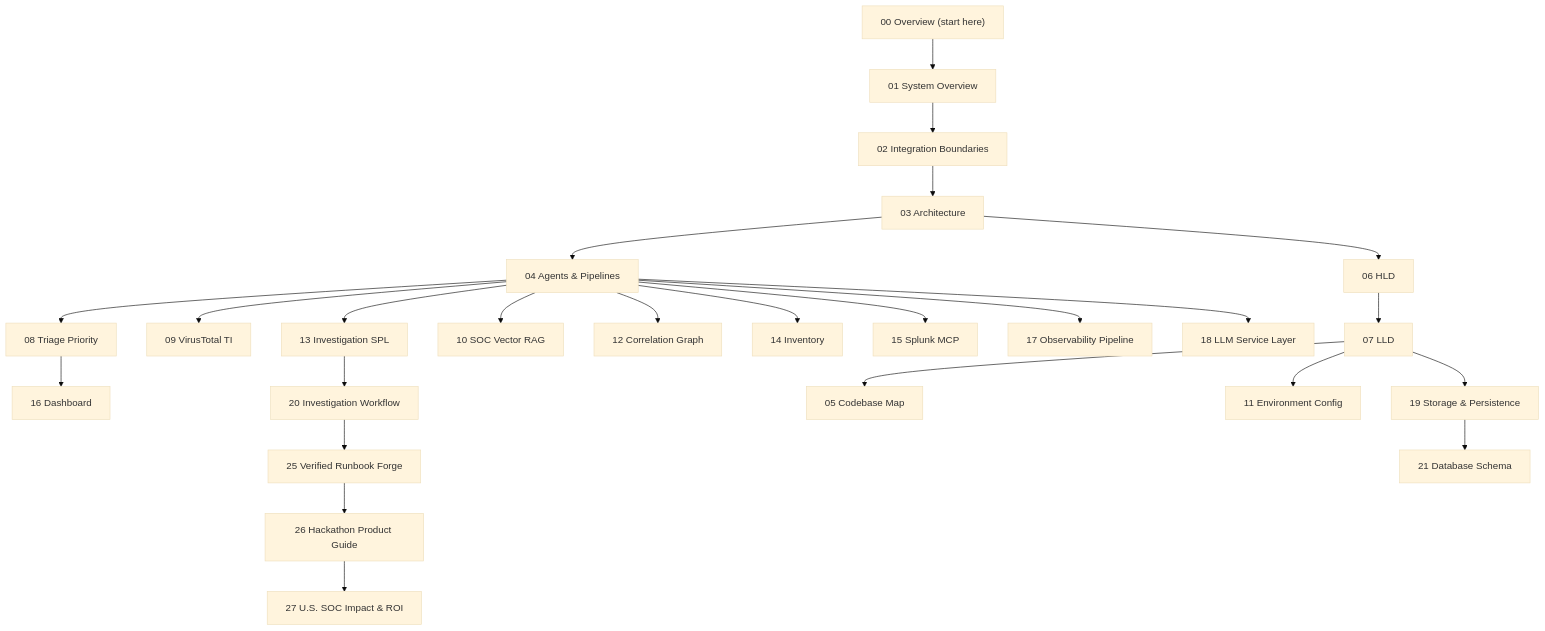
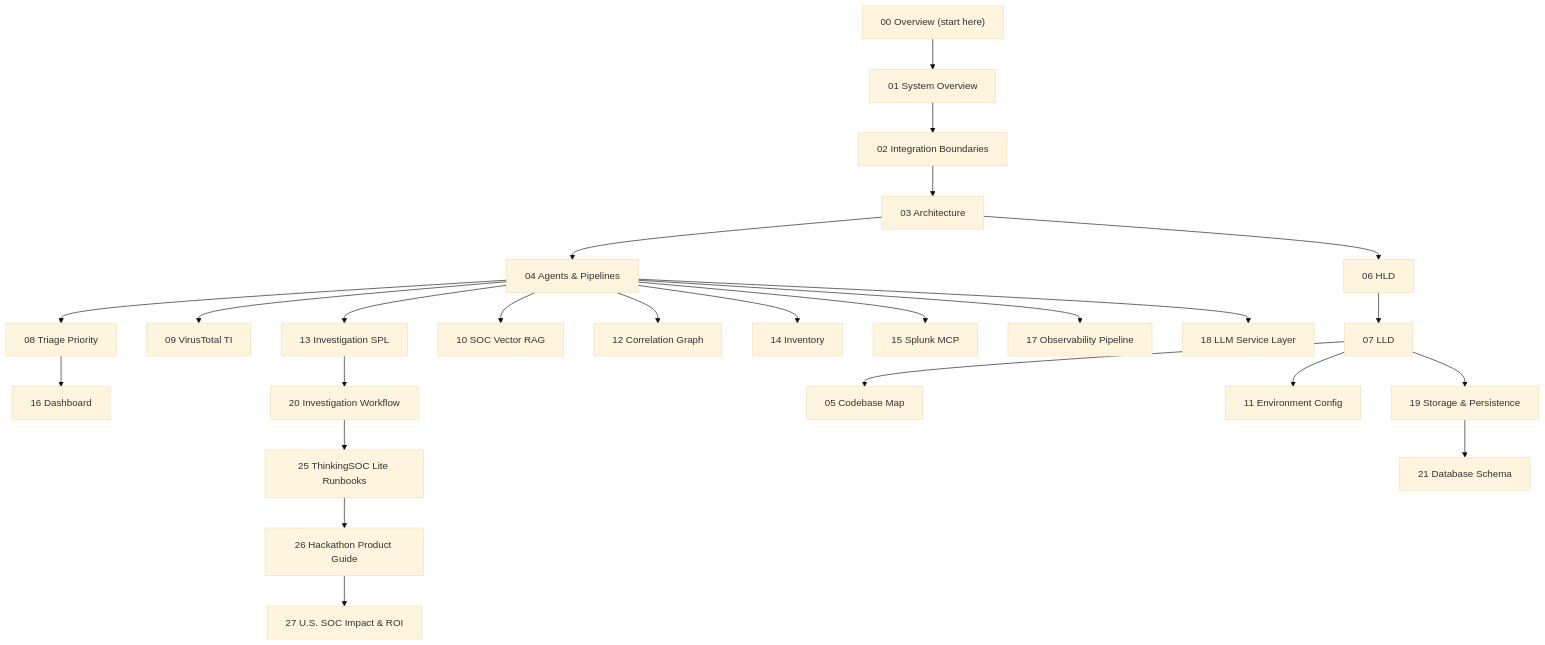
The diagram in docs/00-overview.md (Sepideh-Asadollahi/ThinkingSOC-splunk-hackathon), drawn with Mermaid (base theme) before and after one commit. The commit also changed other lines of this file and 124 other files, not shown here.

Commit message:
feat: unify product branding as ThinkingSOC Lite

````diff
--- a/docs/00-overview.md
+++ b/docs/00-overview.md
@@ -11,46 +11,46 @@
 ```mermaid
 flowchart TD
   O["00 Overview (start here)"]
   S["01 System Overview"]
   I["02 Integration Boundaries"]
   A["03 Architecture"]
   P["04 Agents & Pipelines"]
   C["05 Codebase Map"]
   H["06 HLD"]
   L["07 LLD"]
   T["08 Triage Priority"]
   VT["09 VirusTotal TI"]
   R["10 SOC Vector RAG"]
   E["11 Environment Config"]
   G["12 Correlation Graph"]
   SPL["13 Investigation SPL"]
   INV["14 Inventory"]
   MCP["15 Splunk MCP"]
   D16["16 Dashboard"]
   OBS["17 Observability Pipeline"]
   LLM["18 LLM Service Layer"]
   STR["19 Storage & Persistence"]
   INV_WF["20 Investigation Workflow"]
-  FORGE["25 Verified Runbook Forge"]
+  LITE["25 ThinkingSOC Lite Runbooks"]
   BUILD["26 Hackathon Product Guide"]
   ROI["27 U.S. SOC Impact & ROI"]
 
   O --> S --> I --> A --> P
   P --> T
   P --> VT
   P --> SPL
   A --> H --> L
   L --> C
   P --> R
   P --> G
   L --> E
   P --> INV
   P --> MCP
   T --> D16
   P --> OBS
   P --> LLM
   L --> STR
   STR --> D21["21 Database Schema"]
   SPL --> INV_WF
-  INV_WF --> FORGE --> BUILD --> ROI
+  INV_WF --> LITE --> BUILD --> ROI
 ```
````
